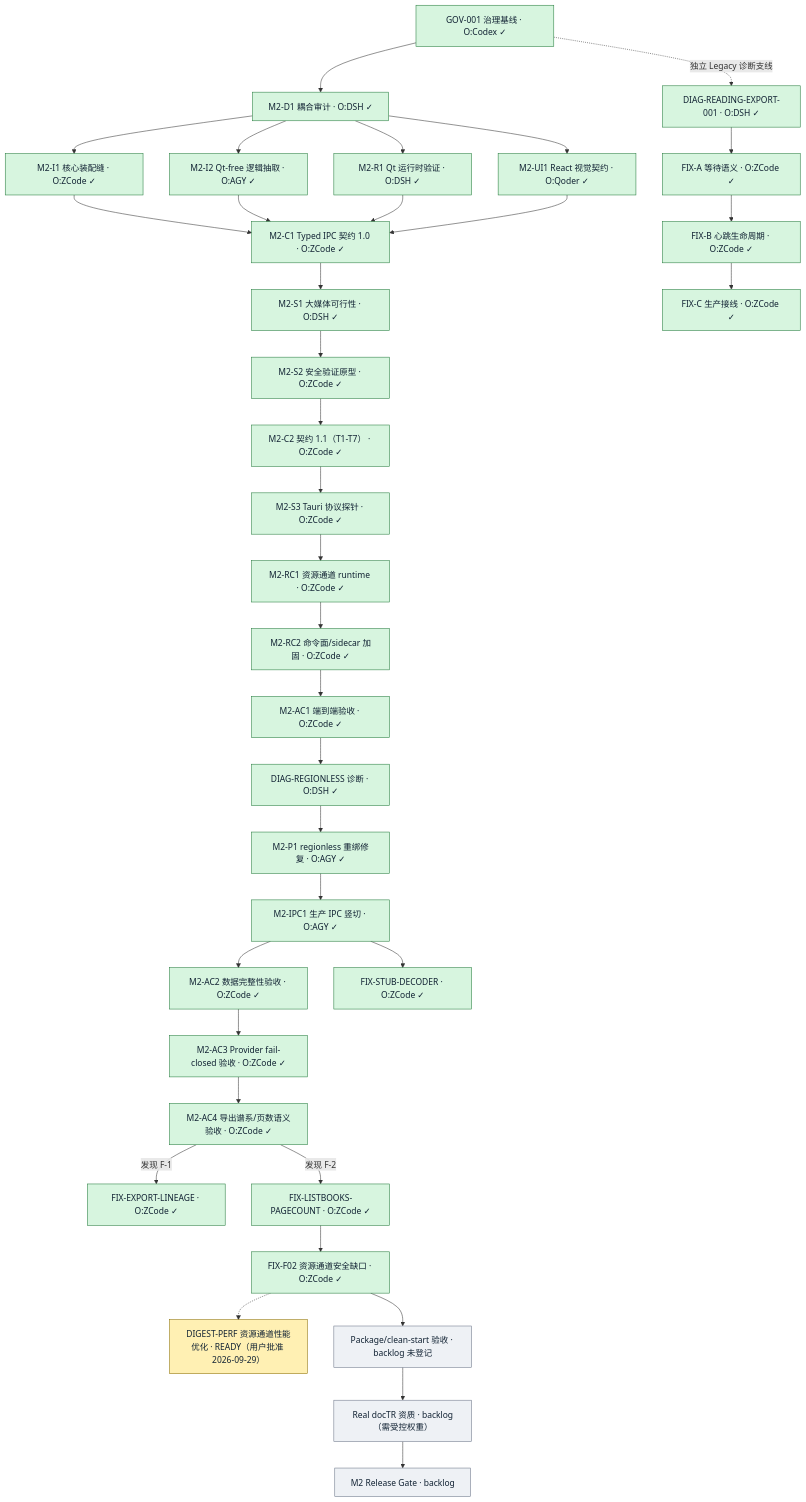
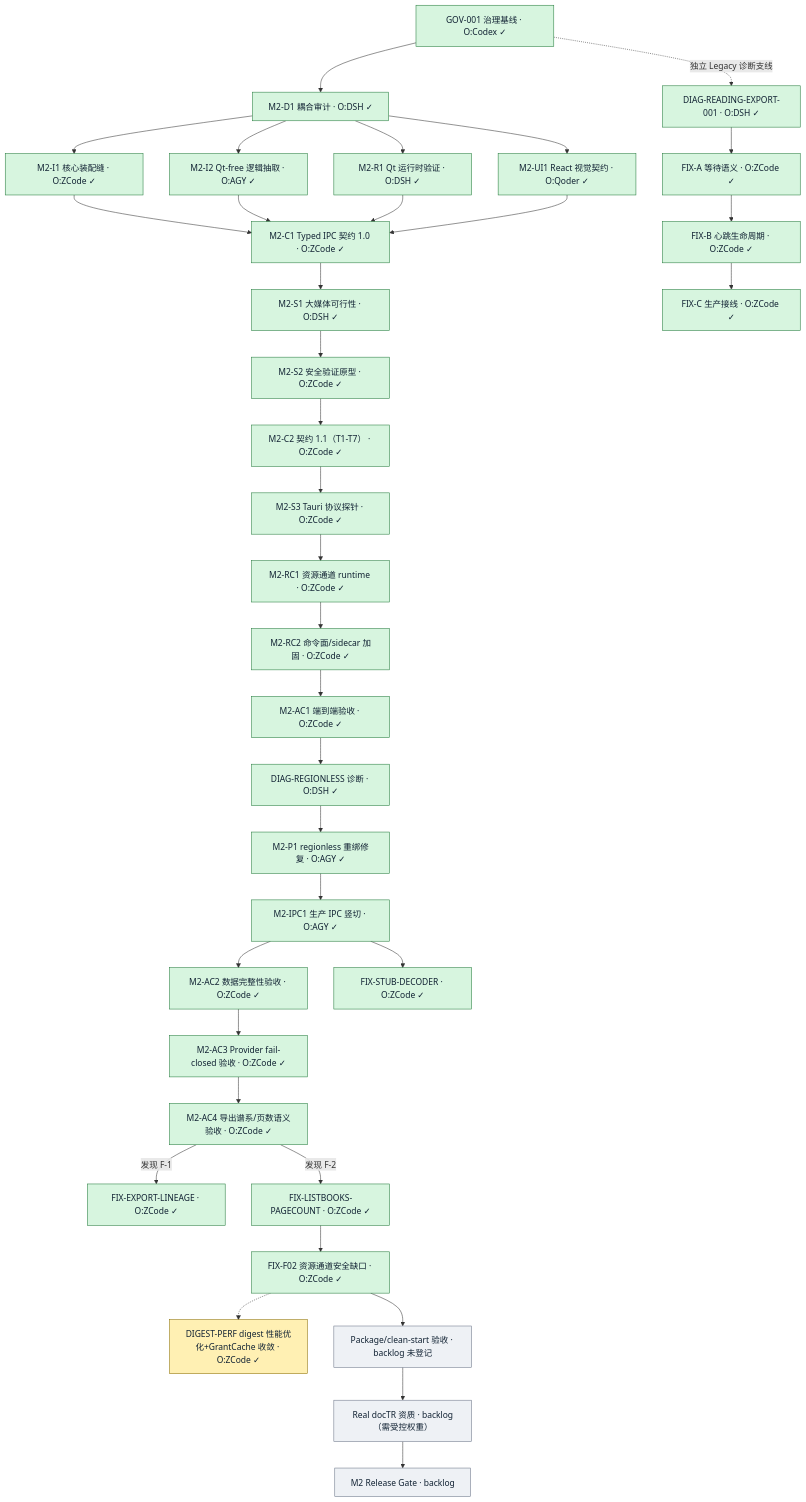
The diagram in doc/REBASELINE_PLAN.md (peakwheat-pixel/New-Manga), drawn with Mermaid before and after one commit. The commit also changed other lines of this file and 8 other files, not shown here.

First line of the commit message:
accept(M2-FIX-RESOURCE-CHANNEL-DIGEST-PERF): integration complete — task done at merge bc2529f0

````diff
--- a/doc/REBASELINE_PLAN.md
+++ b/doc/REBASELINE_PLAN.md
@@ -60,47 +60,47 @@
 ```mermaid
 flowchart TD
   %% ✓ = done（已集成 main）；O = Owner；R = 非作者 Reviewer；黄色 = proposed 未释放；灰色 = backlog 未登记
   GOV["GOV-001 治理基线 · O:Codex ✓"] --> D1["M2-D1 耦合审计 · O:DSH ✓"]
   D1 --> I1["M2-I1 核心装配缝 · O:ZCode ✓"]
   D1 --> I2["M2-I2 Qt-free 逻辑抽取 · O:AGY ✓"]
   D1 --> R1["M2-R1 Qt 运行时验证 · O:DSH ✓"]
   D1 --> UI1["M2-UI1 React 视觉契约 · O:Qoder ✓"]
   I1 --> C1["M2-C1 Typed IPC 契约 1.0 · O:ZCode ✓"]
   I2 --> C1
   R1 --> C1
   UI1 --> C1
   C1 --> S1["M2-S1 大媒体可行性 · O:DSH ✓"]
   S1 --> S2["M2-S2 安全验证原型 · O:ZCode ✓"]
   S2 --> C2["M2-C2 契约 1.1（T1-T7） · O:ZCode ✓"]
   C2 --> S3["M2-S3 Tauri 协议探针 · O:ZCode ✓"]
   S3 --> RC1["M2-RC1 资源通道 runtime · O:ZCode ✓"]
   RC1 --> RC2["M2-RC2 命令面/sidecar 加固 · O:ZCode ✓"]
   RC2 --> AC1["M2-AC1 端到端验收 · O:ZCode ✓"]
   AC1 --> DGR["DIAG-REGIONLESS 诊断 · O:DSH ✓"]
   DGR --> P1["M2-P1 regionless 重绑修复 · O:AGY ✓"]
   P1 --> IPC1["M2-IPC1 生产 IPC 竖切 · O:AGY ✓"]
   IPC1 --> AC2["M2-AC2 数据完整性验收 · O:ZCode ✓"]
   AC2 --> AC3["M2-AC3 Provider fail-closed 验收 · O:ZCode ✓"]
   AC3 --> AC4["M2-AC4 导出谱系/页数语义验收 · O:ZCode ✓"]
   AC4 -->|"发现 F-1"| FXE["FIX-EXPORT-LINEAGE · O:ZCode ✓"]
   AC4 -->|"发现 F-2"| FXL["FIX-LISTBOOKS-PAGECOUNT · O:ZCode ✓"]
   IPC1 --> FXS["FIX-STUB-DECODER · O:ZCode ✓"]
   FXL --> FXF["FIX-F02 资源通道安全缺口 · O:ZCode ✓"]
   GOV -. 独立 Legacy 诊断支线 .-> DIO["DIAG-READING-EXPORT-001 · O:DSH ✓"]
   DIO --> FXA["FIX-A 等待语义 · O:ZCode ✓"]
   FXA --> FXB["FIX-B 心跳生命周期 · O:ZCode ✓"]
   FXB --> FXC["FIX-C 生产接线 · O:ZCode ✓"]
 
   %% 未完成：候选与 backlog
-  FXF -.-> DP["DIGEST-PERF 资源通道性能优化 · READY（用户批准 2026-09-29）"]
+  FXF -.-> DP["DIGEST-PERF digest 性能优化+GrantCache 收敛 · O:ZCode ✓"]
   FXF --> PKG["Package/clean-start 验收 · backlog 未登记"]
   PKG --> DOC["Real docTR 资质 · backlog（需受控权重）"]
   DOC --> RG["M2 Release Gate · backlog"]
 
   classDef done fill:#d7f5df,stroke:#237a3b,color:#123;
   classDef proposed fill:#fff0b3,stroke:#8a6d00,color:#123;
   classDef backlog fill:#eef1f5,stroke:#697386,color:#123;
   class GOV,D1,I1,I2,R1,UI1,C1,S1,S2,C2,S3,RC1,RC2,AC1,DGR,P1,IPC1,AC2,AC3,AC4,FXE,FXL,FXS,FXF,DIO,FXA,FXB,FXC done;
   class DP proposed;
   class PKG,DOC,RG backlog;
 ```
````
